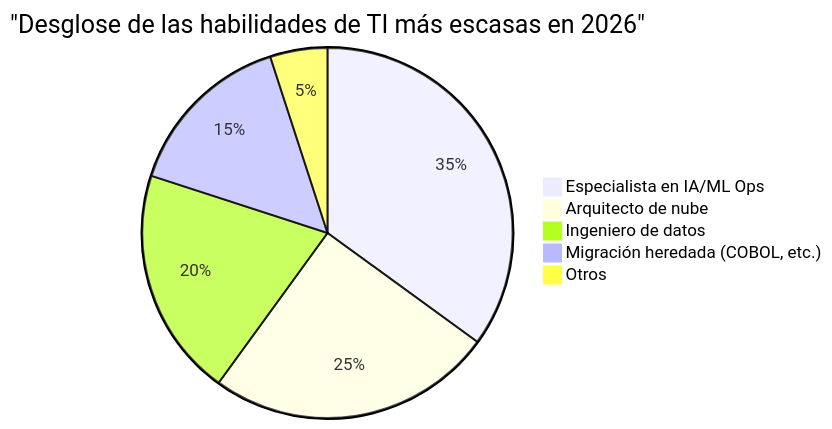
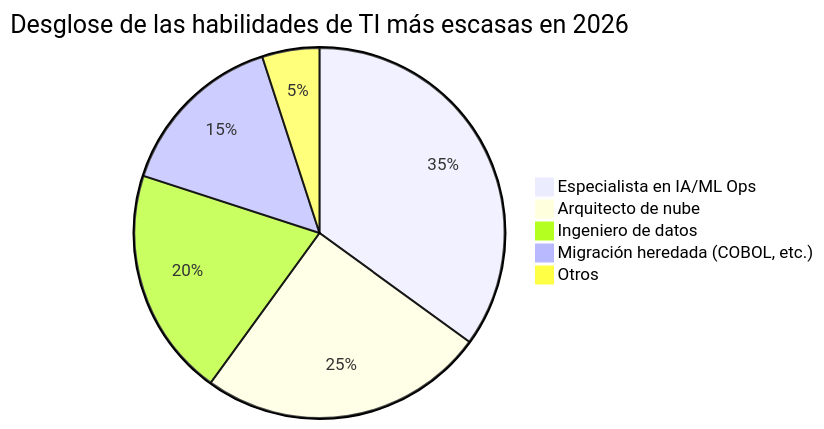
One commit to kenjinote/blog changed the second of 4 diagrams in content/post/it_talent_shortage_2026/index.es.md. Above: the diagram before and after it, drawn with Mermaid. The commit also changed other lines of this file and 703 other files, not shown here.

Commit message:
Fix: Remove quotes from Mermaid link texts and timeline definitions to support Mermaid 11.4.1

````diff
--- a/content/post/it_talent_shortage_2026/index.es.md
+++ b/content/post/it_talent_shortage_2026/index.es.md
@@ -77,8 +77,8 @@
 ```mermaid
-pie title "Desglose de las habilidades de TI más escasas en 2026"
+pie title Desglose de las habilidades de TI más escasas en 2026
     "Especialista en IA/ML Ops" : 35
     "Arquitecto de nube" : 25
     "Ingeniero de datos" : 20
     "Migración heredada (COBOL, etc.)" : 15
     "Otros" : 5
 ```
````
